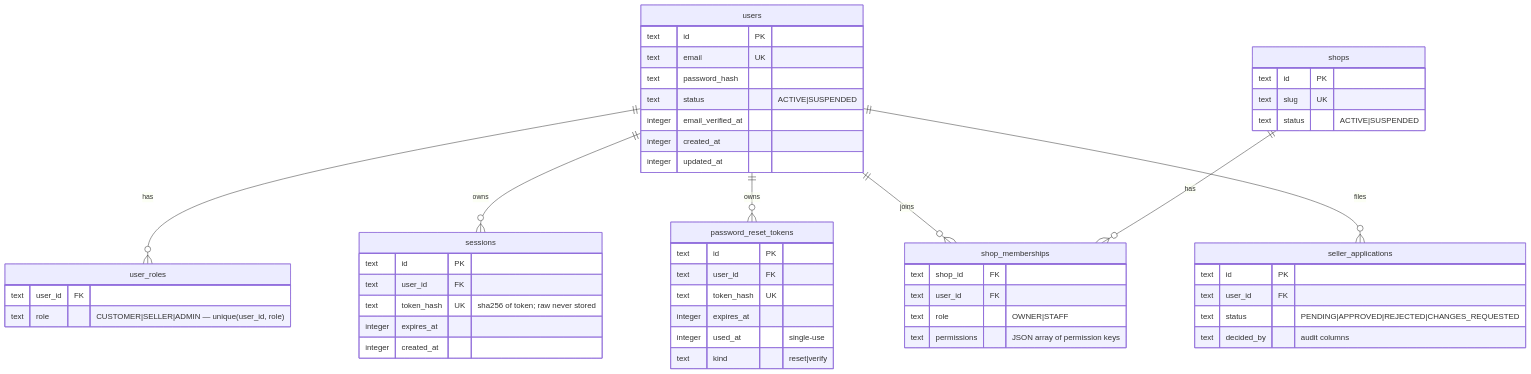
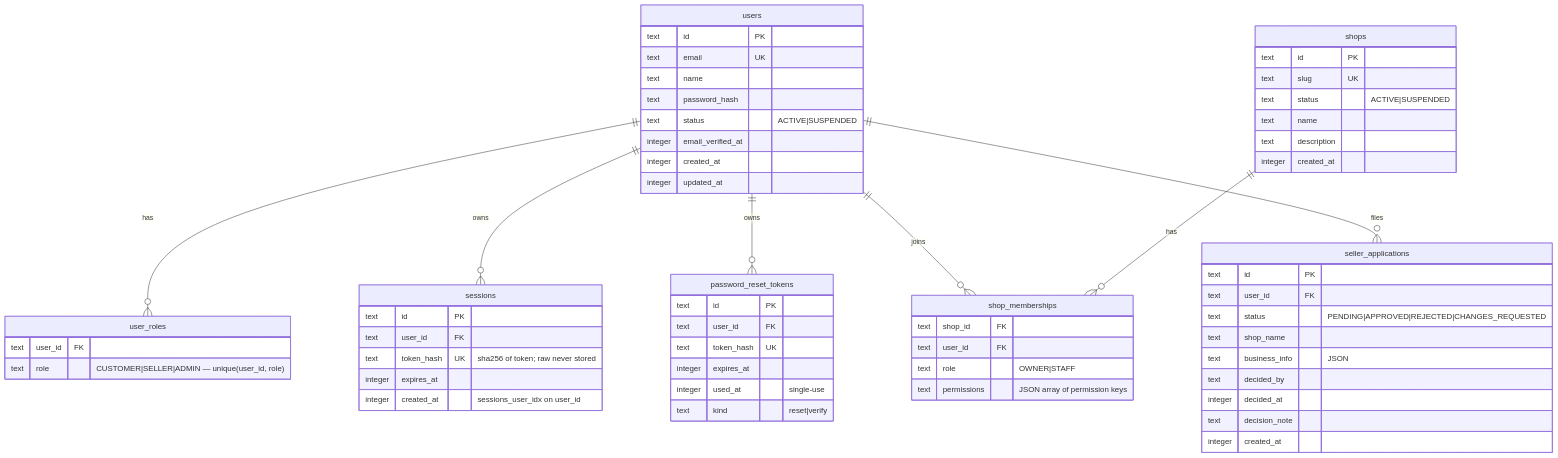
One commit to ntxinh/ecommerce changed the diagram in docs/database/data-model.md. Above: the diagram before and after it, drawn with Mermaid. The commit also changed 9 other files, not shown here.

````diff
--- a/docs/database/data-model.md
+++ b/docs/database/data-model.md
@@ -19,55 +19,64 @@
 ```mermaid
 erDiagram
   users ||--o{ user_roles : has
   users ||--o{ sessions : owns
   users ||--o{ password_reset_tokens : owns
   users ||--o{ shop_memberships : joins
   shops ||--o{ shop_memberships : has
   users ||--o{ seller_applications : files
 
   users {
     text id PK
     text email UK
+    text name
     text password_hash
     text status "ACTIVE|SUSPENDED"
     integer email_verified_at
     integer created_at
     integer updated_at
   }
   user_roles {
     text user_id FK
     text role "CUSTOMER|SELLER|ADMIN — unique(user_id, role)"
   }
   sessions {
     text id PK
     text user_id FK
     text token_hash UK "sha256 of token; raw never stored"
     integer expires_at
-    integer created_at
+    integer created_at "sessions_user_idx on user_id"
   }
   password_reset_tokens {
     text id PK
     text user_id FK
     text token_hash UK
     integer expires_at
     integer used_at "single-use"
     text kind "reset|verify"
   }
   shops {
     text id PK
     text slug UK
     text status "ACTIVE|SUSPENDED"
+    text name
+    text description
+    integer created_at
   }
   shop_memberships {
     text shop_id FK
     text user_id FK
     text role "OWNER|STAFF"
     text permissions "JSON array of permission keys"
   }
   seller_applications {
     text id PK
     text user_id FK
     text status "PENDING|APPROVED|REJECTED|CHANGES_REQUESTED"
-    text decided_by "audit columns"
+    text shop_name
+    text business_info "JSON"
+    text decided_by
+    integer decided_at
+    text decision_note
+    integer created_at
   }
 ```
````
